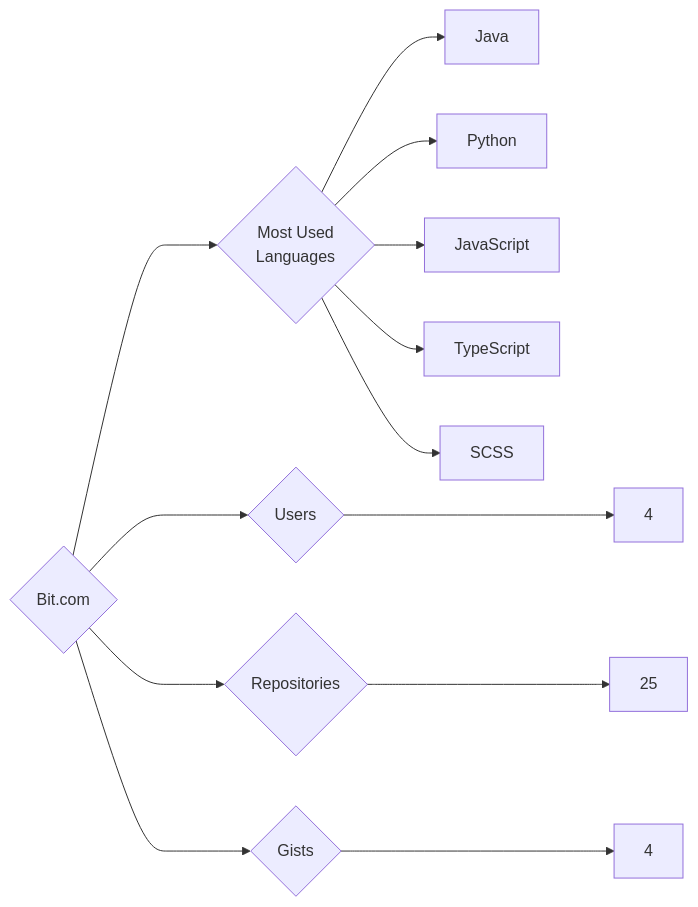
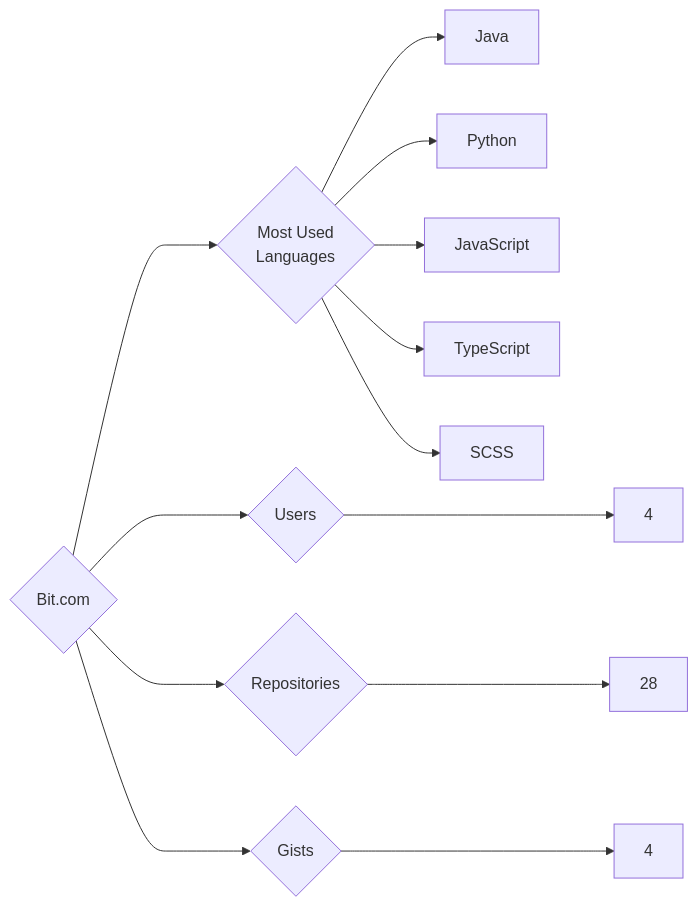
The diagram in targets/Bit.com/README.md (trickest/insiders), drawn with Mermaid before and after one commit. The commit also changed 1088 other files, not shown here.

````diff
--- a/targets/Bit.com/README.md
+++ b/targets/Bit.com/README.md
@@ -3,13 +3,13 @@
 ```mermaid
 graph LR
 COMPANY_NAME{Bit.com}
 COMPANY_NAME ---> U{Users} ---> UN[4]
-COMPANY_NAME ---> R{Repositories} ---> RN[25]
+COMPANY_NAME ---> R{Repositories} ---> RN[28]
 COMPANY_NAME ---> G{Gists} ---> GN[4]
 COMPANY_NAME ---> ML{Most Used<br>Languages}
 ML --> Java[Java]
 ML --> Python[Python]
 ML --> JavaScript[JavaScript]
 ML --> TypeScript[TypeScript]
 ML --> SCSS[SCSS]
 ```
````
